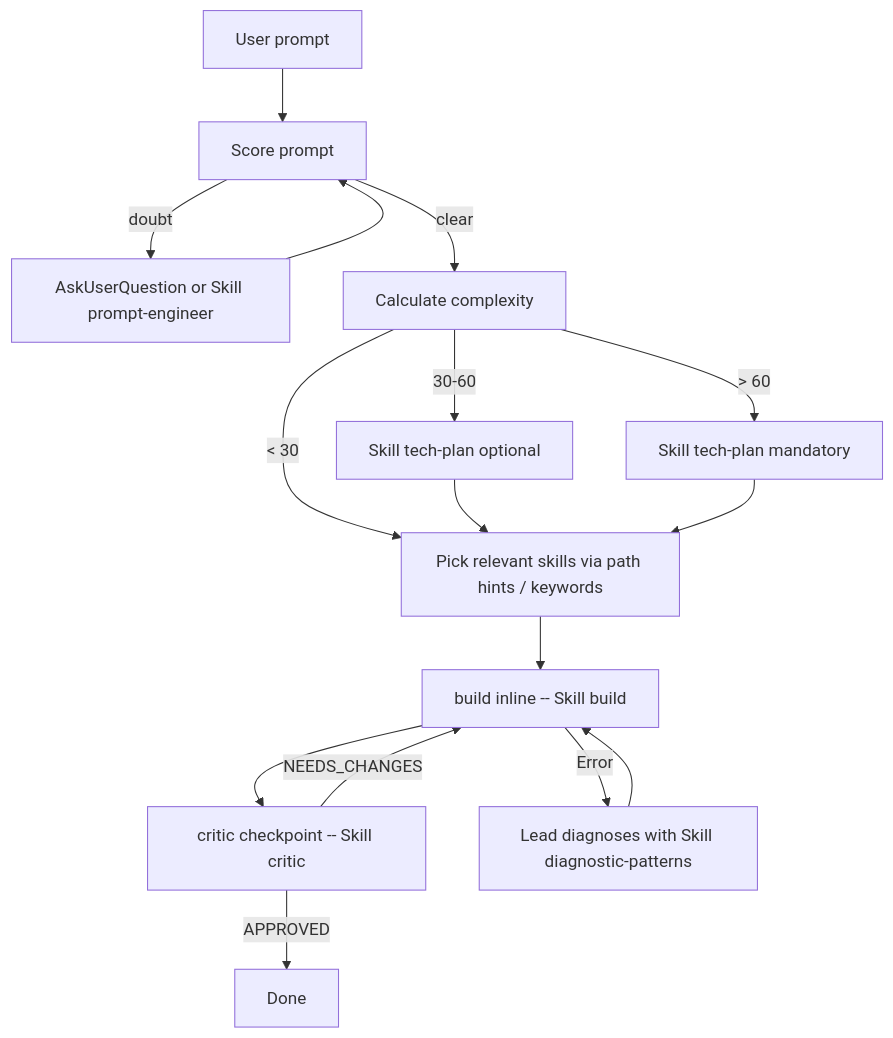
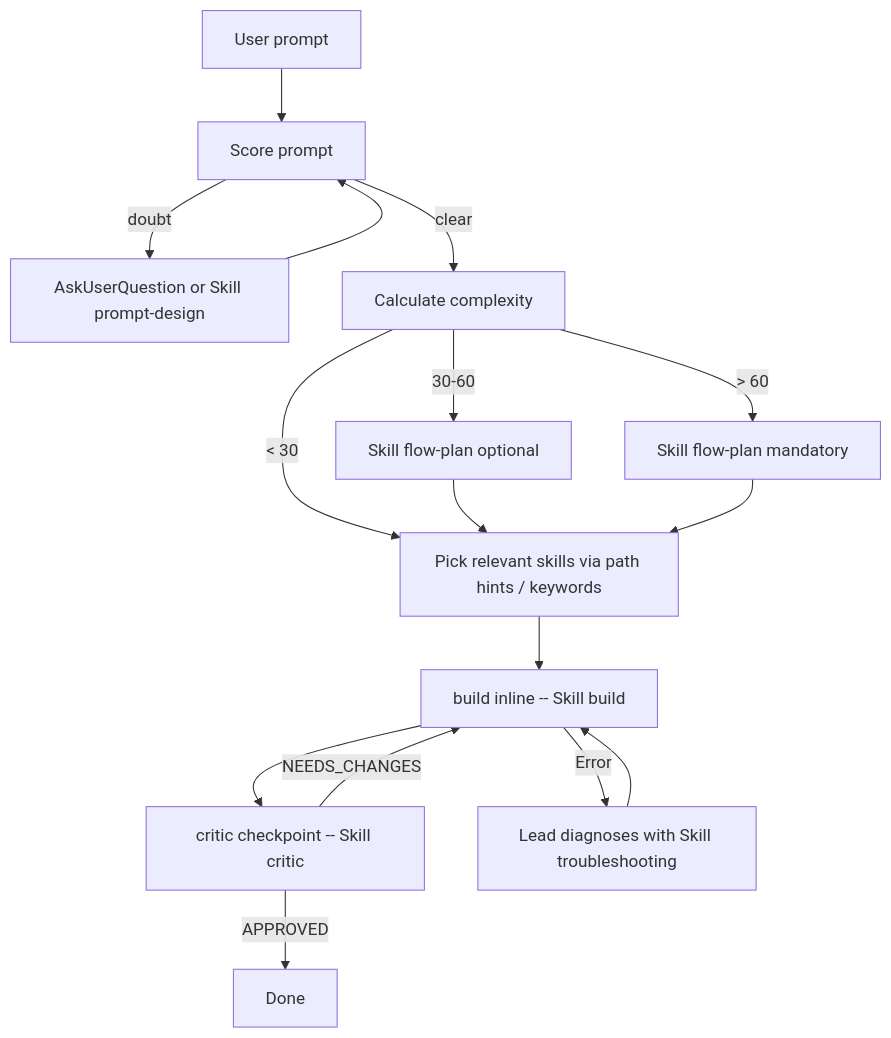
The diagram in .claude/docs/system-inventory.md (MaciWP/poneglyph), drawn with Mermaid before and after one commit. The commit also changed other lines of this file and 342 other files, not shown here.

````diff
--- a/.claude/docs/system-inventory.md
+++ b/.claude/docs/system-inventory.md
@@ -69,17 +69,17 @@
 ```mermaid
 graph TD
     U[User prompt] --> S[Score prompt]
-    S -->|doubt| AQ[AskUserQuestion or Skill prompt-engineer]
+    S -->|doubt| AQ[AskUserQuestion or Skill prompt-design]
     AQ --> S
     S -->|clear| C[Calculate complexity]
     C -->|< 30| SK[Pick relevant skills via path hints / keywords]
-    C -->|30-60| P1[Skill tech-plan optional]
-    C -->|> 60| P2[Skill tech-plan mandatory]
+    C -->|30-60| P1[Skill flow-plan optional]
+    C -->|> 60| P2[Skill flow-plan mandatory]
     P1 & P2 --> SK
     SK --> B[build inline -- Skill build]
     B --> R[critic checkpoint -- Skill critic]
     R -->|APPROVED| D[Done]
     R -->|NEEDS_CHANGES| B
-    B -->|Error| DG[Lead diagnoses with Skill diagnostic-patterns]
+    B -->|Error| DG[Lead diagnoses with Skill troubleshooting]
     DG --> B
 ```
````
